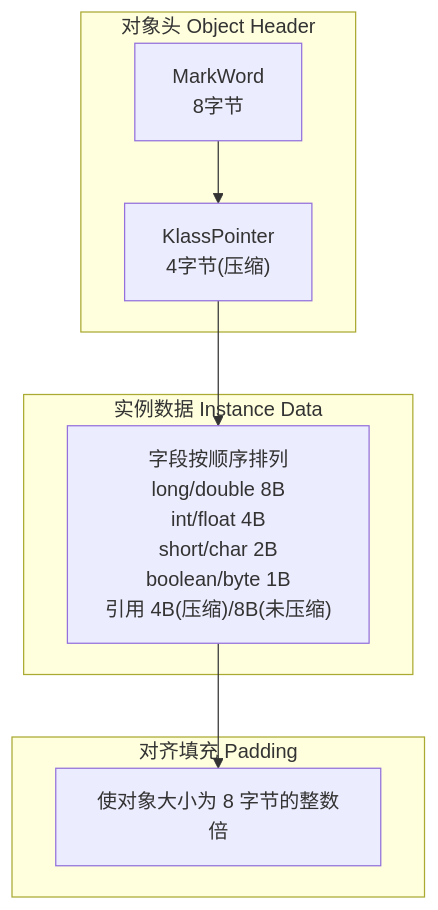
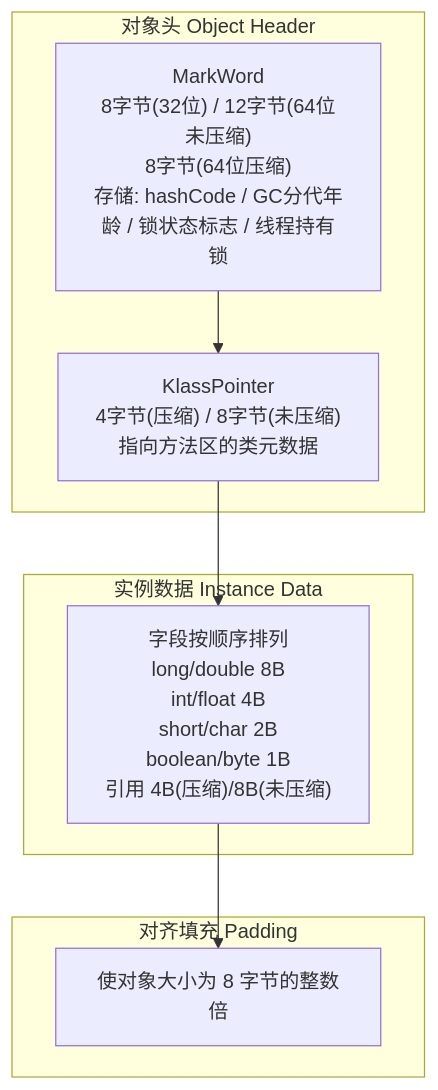
One commit to kane201x/javadoc changed the seventh of 15 diagrams in 04-jvm/README.md. Above: the diagram before and after it, drawn with Mermaid. The commit also changed other lines of this file and 12 other files, not shown here.

First line of the commit message:
fix: correct mermaid diagram syntax across all modules

````diff
--- a/04-jvm/README.md
+++ b/04-jvm/README.md
@@ -369,14 +369,14 @@
 ```mermaid
 graph TD
     subgraph "对象头 Object Header"
         MW["MarkWord<br/>8字节(32位) / 12字节(64位未压缩)<br/>8字节(64位压缩)<br/>存储: hashCode / GC分代年龄 / 锁状态标志 / 线程持有锁"]
         KP["KlassPointer<br/>4字节(压缩) / 8字节(未压缩)<br/>指向方法区的类元数据"]
     end
     subgraph "实例数据 Instance Data"
         ID["字段按顺序排列<br/>long/double 8B<br/>int/float 4B<br/>short/char 2B<br/>boolean/byte 1B<br/>引用 4B(压缩)/8B(未压缩)"]
     end
     subgraph "对齐填充 Padding"
         PD["使对象大小为 8 字节的整数倍"]
     end
-    MW["MarkWord<br/>8字节"] --> KP["KlassPointer<br/>4字节(压缩)"] --> ID --> PD
+    MW --> KP --> ID --> PD
 ```
````
